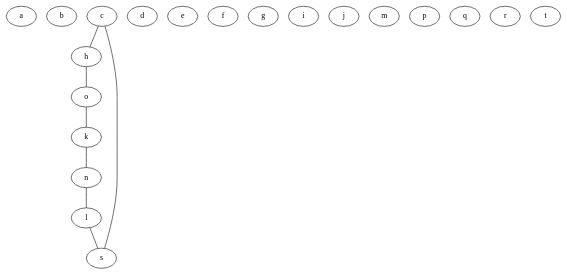
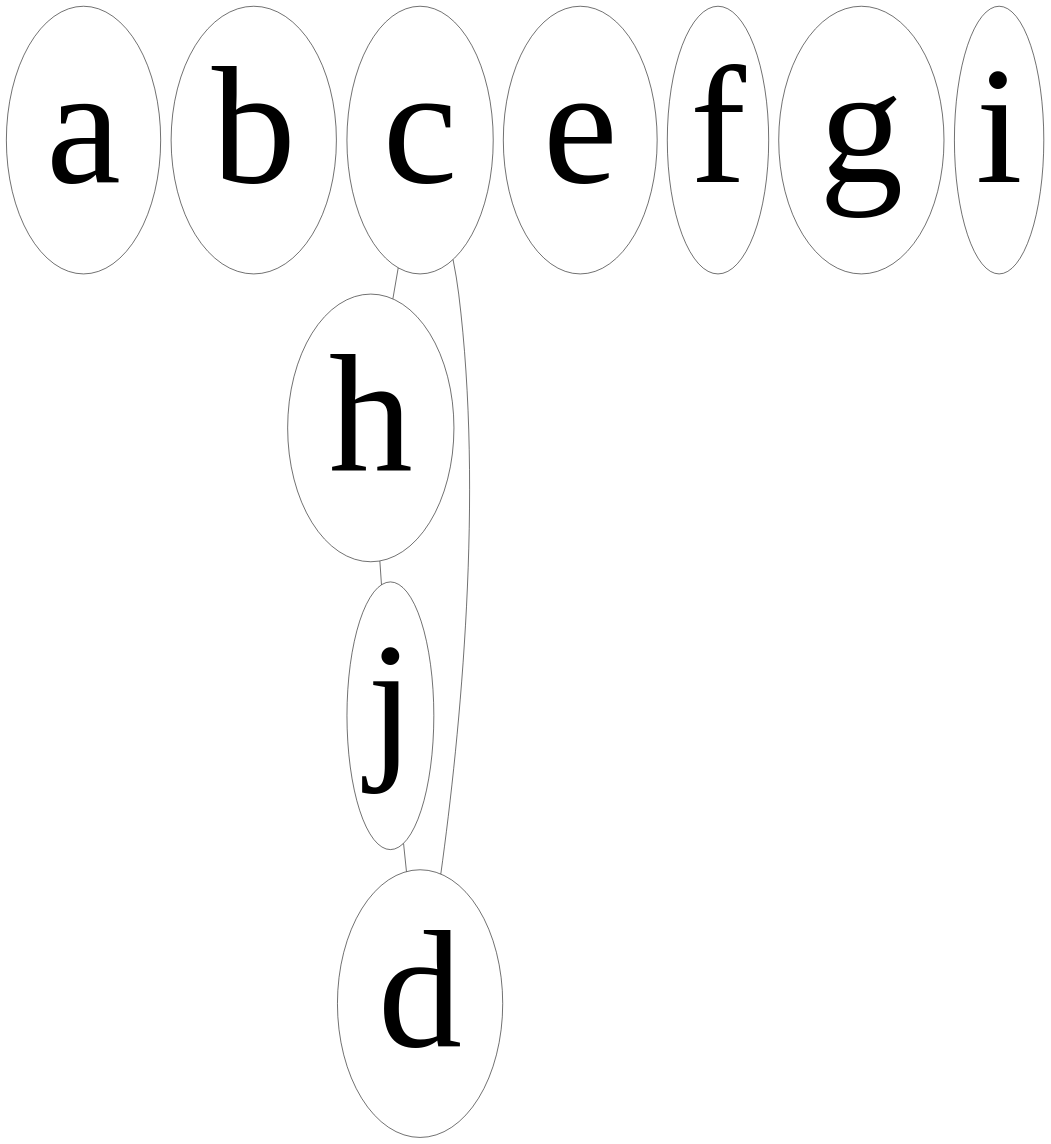
One commit to feichay10/Practicas_CyA_2425 changed the diagram in Practica_12_Algoritmos_Divide_y_Venceras/graph.dot. Above: the diagram before and after it, drawn with Graphviz. The commit also changed 9 other files, not shown here.

```diff
--- a/Practica_12_Algoritmos_Divide_y_Venceras/graph.dot
+++ b/Practica_12_Algoritmos_Divide_y_Venceras/graph.dot
@@ -1,29 +1,16 @@
 graph {
-    a [pos="68,-21!"]
-    b [pos="57,60!"]
-    c [pos="82,-60!"]
-    d [pos="-33,54!"]
-    e [pos="-44,11!"]
-    f [pos="-5,26!"]
-    g [pos="-27,3!"]
-    h [pos="90,83!"]
-    i [pos="27,43!"]
-    j [pos="-72,21!"]
-    k [pos="-97,-51!"]
-    l [pos="-73,61!"]
-    m [pos="-69,-20!"]
-    n [pos="-74,-78!"]
-    o [pos="100,-56!"]
-    p [pos="3,68!"]
-    q [pos="23,-41!"]
-    r [pos="28,5!"]
-    s [pos="-1,95!"]
-    t [pos="-41,54!"]
-    k -- n
-    n -- l
-    l -- s
-    s -- c
+    a [pos="68,-21!", fontsize=300]
+    b [pos="57,60!", fontsize=300]
+    c [pos="82,-60!", fontsize=300]
+    d [pos="-33,54!", fontsize=300]
+    e [pos="-44,11!", fontsize=300]
+    f [pos="-5,26!", fontsize=300]
+    g [pos="-27,3!", fontsize=300]
+    h [pos="90,83!", fontsize=300]
+    i [pos="27,43!", fontsize=300]
+    j [pos="-72,21!", fontsize=300]
+    j -- d
+    d -- c
     c -- h
-    h -- o
-    o -- k
+    h -- j
 }
```
